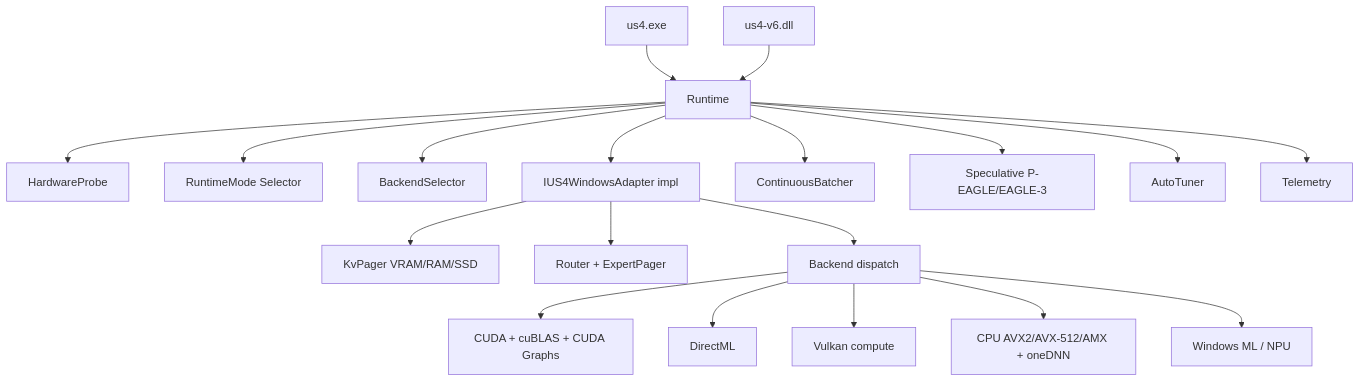
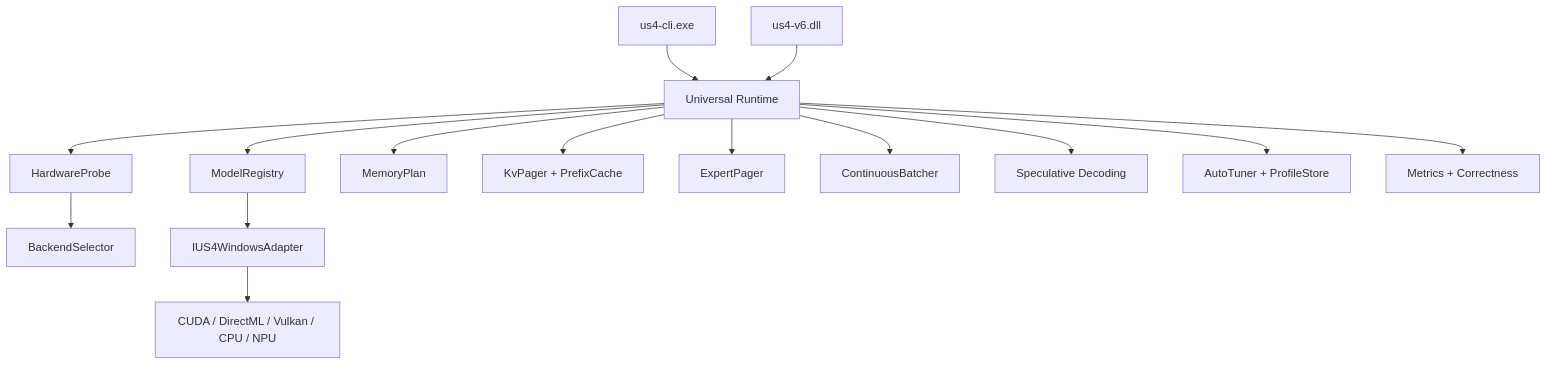
One commit to wesleysimplicio/us4-v6-simplicio-windows changed the diagram in .specs/product/DOMAIN.md. Above: the diagram before and after it, drawn with Mermaid. The commit also changed other lines of this file and 119 other files, not shown here.

First line of the commit message:
feat(runtime): scaffold windows runtime baseline

````diff
--- a/.specs/product/DOMAIN.md
+++ b/.specs/product/DOMAIN.md
@@ -28,21 +39,17 @@
 ```mermaid
 flowchart TB
-  CLI[us4.exe] --> Runtime
+  CLI[us4-cli.exe] --> Runtime[Universal Runtime]
   SDK[us4-v6.dll] --> Runtime
   Runtime --> Probe[HardwareProbe]
-  Runtime --> Mode[RuntimeMode Selector]
-  Runtime --> Sel[BackendSelector]
-  Runtime --> Adapter[IUS4WindowsAdapter impl]
-  Adapter --> KV[KvPager VRAM/RAM/SSD]
-  Adapter --> MoE[Router + ExpertPager]
-  Adapter --> Backend[Backend dispatch]
-  Backend --> CUDA[CUDA + cuBLAS + CUDA Graphs]
-  Backend --> DML[DirectML]
-  Backend --> VK[Vulkan compute]
-  Backend --> AVX[CPU AVX2/AVX-512/AMX + oneDNN]
-  Backend --> NPU[Windows ML / NPU]
-  Runtime --> Sched[ContinuousBatcher]
-  Runtime --> Spec[Speculative P-EAGLE/EAGLE-3]
-  Runtime --> Tune[AutoTuner]
-  Runtime --> Telem[Telemetry]
+  Probe --> Selector[BackendSelector]
+  Runtime --> Registry[ModelRegistry]
+  Registry --> Adapter[IUS4WindowsAdapter]
+  Runtime --> Planner[MemoryPlan]
+  Runtime --> KV[KvPager + PrefixCache]
+  Runtime --> Experts[ExpertPager]
+  Runtime --> Scheduler[ContinuousBatcher]
+  Runtime --> Spec[Speculative Decoding]
+  Adapter --> Backend[CUDA / DirectML / Vulkan / CPU / NPU]
+  Runtime --> Tune[AutoTuner + ProfileStore]
+  Runtime --> Telemetry[Metrics + Correctness]
 ```
````
